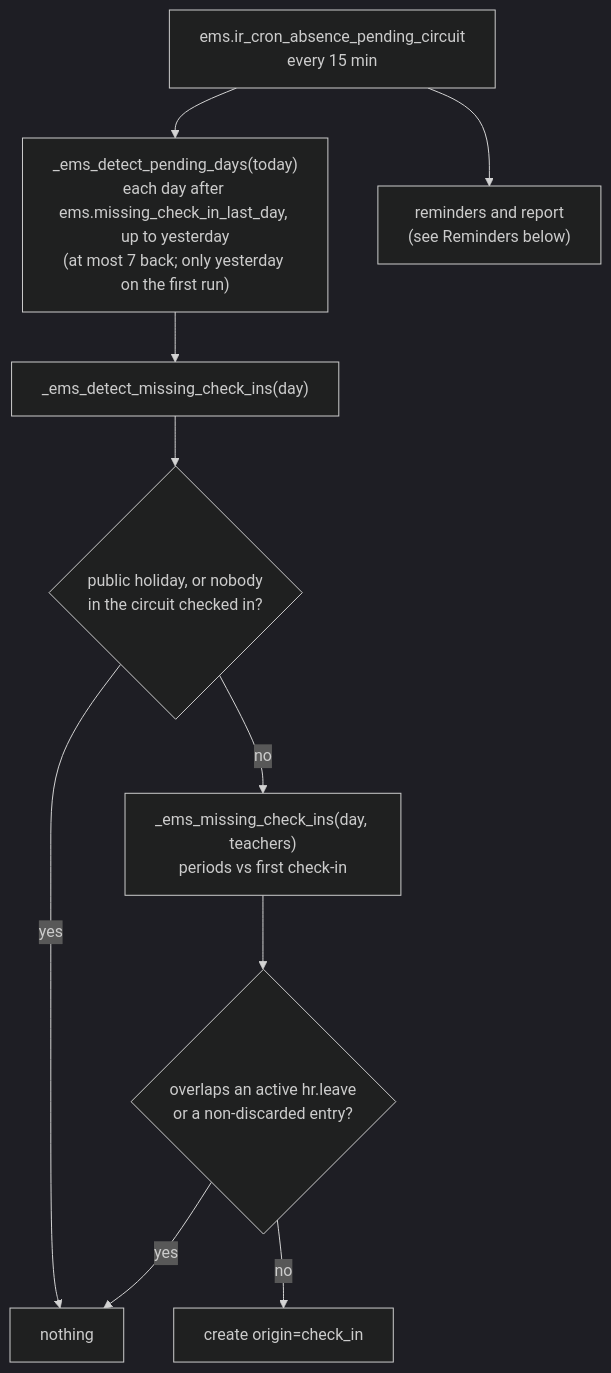
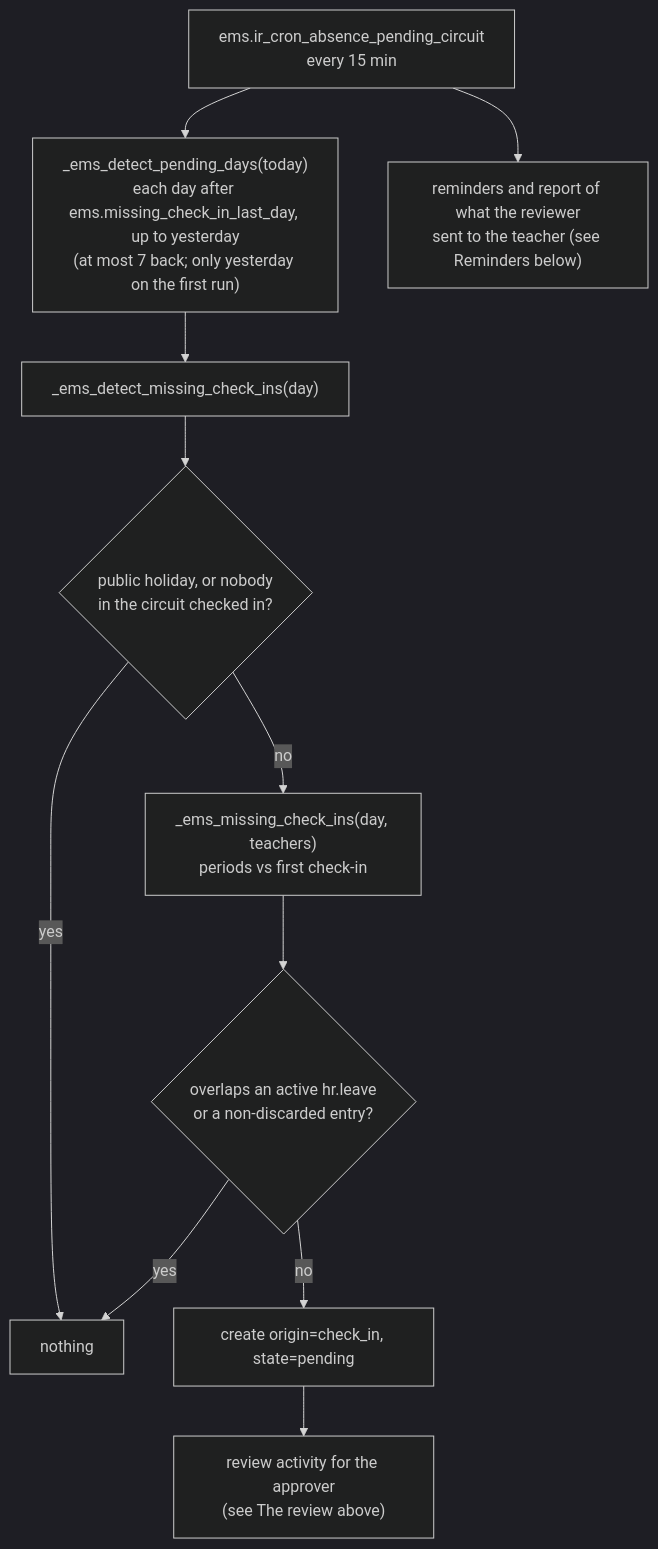
One commit to ElPuig/EMS changed the sixth of 10 diagrams in docs/en/developers/employees/absence.md. Above: the diagram before and after it, drawn with Mermaid (dark theme). The commit also changed other lines of this file and 1 other file, not shown here.

First line of the commit message:
Detected absences: spec for the Head of Studies review (#707)

````diff
--- a/docs/en/developers/employees/absence.md
+++ b/docs/en/developers/employees/absence.md
@@ -738,12 +850,13 @@
 ```mermaid
 flowchart TD
     C["ems.ir_cron_absence_pending_circuit<br/>every 15 min"] --> D["_ems_detect_pending_days(today)<br/>each day after ems.missing_check_in_last_day, up to yesterday<br/>(at most 7 back; only yesterday on the first run)"]
     D --> M["_ems_detect_missing_check_ins(day)"]
     M --> H{"public holiday, or nobody<br/>in the circuit checked in?"}
     H -- yes --> X["nothing"]
     H -- no --> S["_ems_missing_check_ins(day, teachers)<br/>periods vs first check-in"]
     S --> O{"overlaps an active hr.leave<br/>or a non-discarded entry?"}
     O -- yes --> X
-    O -- no --> N["create origin=check_in"]
-    C --> R["reminders and report<br/>(see Reminders below)"]
+    O -- no --> N["create origin=check_in, state=pending"]
+    N --> T["review activity for the approver<br/>(see The review above)"]
+    C --> R["reminders and report of what the reviewer<br/>sent to the teacher (see Reminders below)"]
 ```
````
